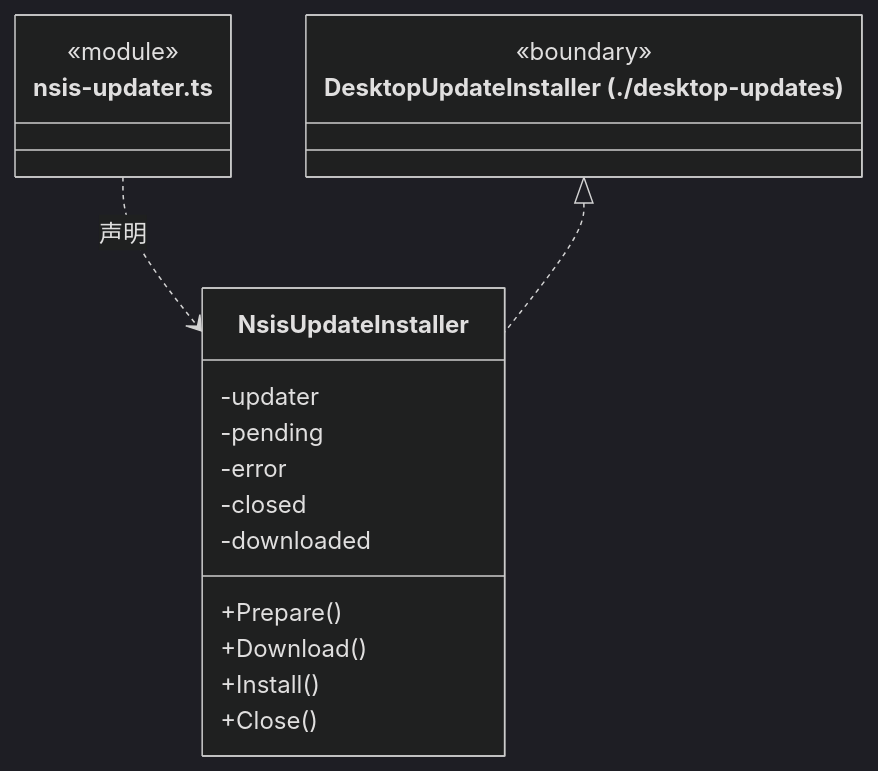
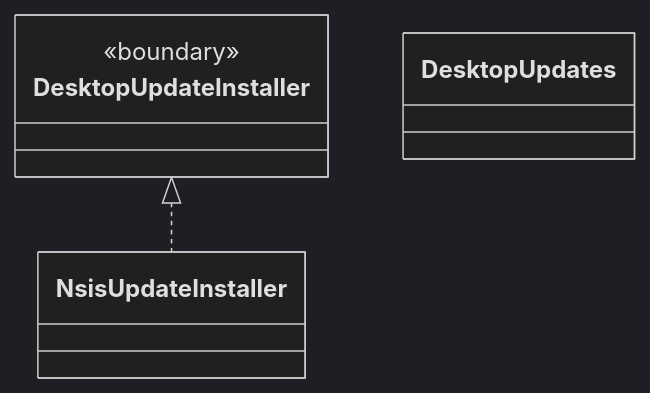
One commit to nan023062/cbim changed the second of 2 diagrams in src/logic/updates/service/ARCHITECTURE.md. Above: the diagram before and after it, drawn with Mermaid (dark theme). The commit also changed other lines of this file and 158 other files, not shown here.

Commit message:
docs: model architecture through nested virtual encapsulations

````diff
--- a/src/logic/updates/service/ARCHITECTURE.md
+++ b/src/logic/updates/service/ARCHITECTURE.md
@@ -341,22 +52,12 @@
 ```mermaid
 classDiagram
-class N_src_logic_updates_service_nsis_updater_ts["nsis-updater.ts"] {
-  <<module>>
-}
-class N_src_logic_updates_service_nsis_updater_ts_NsisUpdateInstaller["NsisUpdateInstaller"] {
-  +Prepare()
-  +Download()
-  +Install()
-  +Close()
-  -updater
-  -pending
-  -error
-  -closed
-  -downloaded
-}
-N_src_logic_updates_service_nsis_updater_ts ..> N_src_logic_updates_service_nsis_updater_ts_NsisUpdateInstaller : 声明
-class N_src_logic_updates_service_nsis_updater_ts_external_DesktopUpdateInstaller["DesktopUpdateInstaller (./desktop-updates)"] {
+class N_e707e61e3773["DesktopUpdateInstaller"] {
   <<boundary>>
 }
-N_src_logic_updates_service_nsis_updater_ts_external_DesktopUpdateInstaller <|.. N_src_logic_updates_service_nsis_updater_ts_NsisUpdateInstaller
+click N_e707e61e3773 href "desktop-updates.ts"
+class N_9354ac4366a3["NsisUpdateInstaller"]
+click N_9354ac4366a3 href "nsis-updater.ts"
+class N_79639799d131["DesktopUpdates"]
+click N_79639799d131 href "desktop-updates.ts"
+N_e707e61e3773 <|.. N_9354ac4366a3
 ```
````
